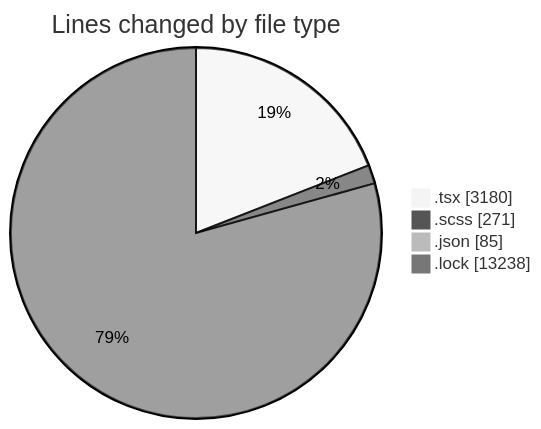
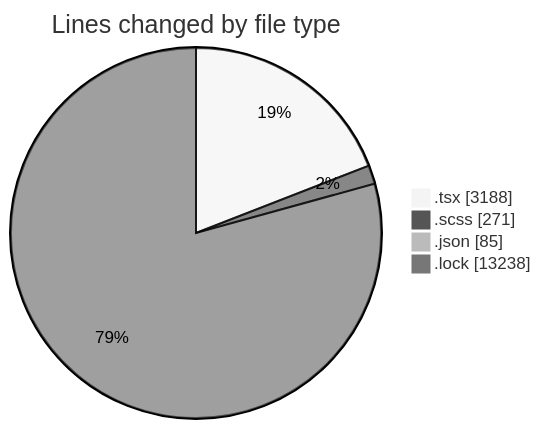
Before and after one commit to momahboobian/code-tracking: the first of 2 diagrams in 2025-11-18/cda/README.md, drawn with Mermaid (neutral theme). The commit also changed other lines of this file and 1 other file, not shown here.

````diff
--- a/2025-11-18/cda/README.md
+++ b/2025-11-18/cda/README.md
@@ -29,8 +29,8 @@
 ```mermaid
 pie showData
 title Lines changed by file type
-".tsx" : 3180
+".tsx" : 3188
 ".scss" : 271
 ".json" : 85
 ".lock" : 13238
 ```
````
